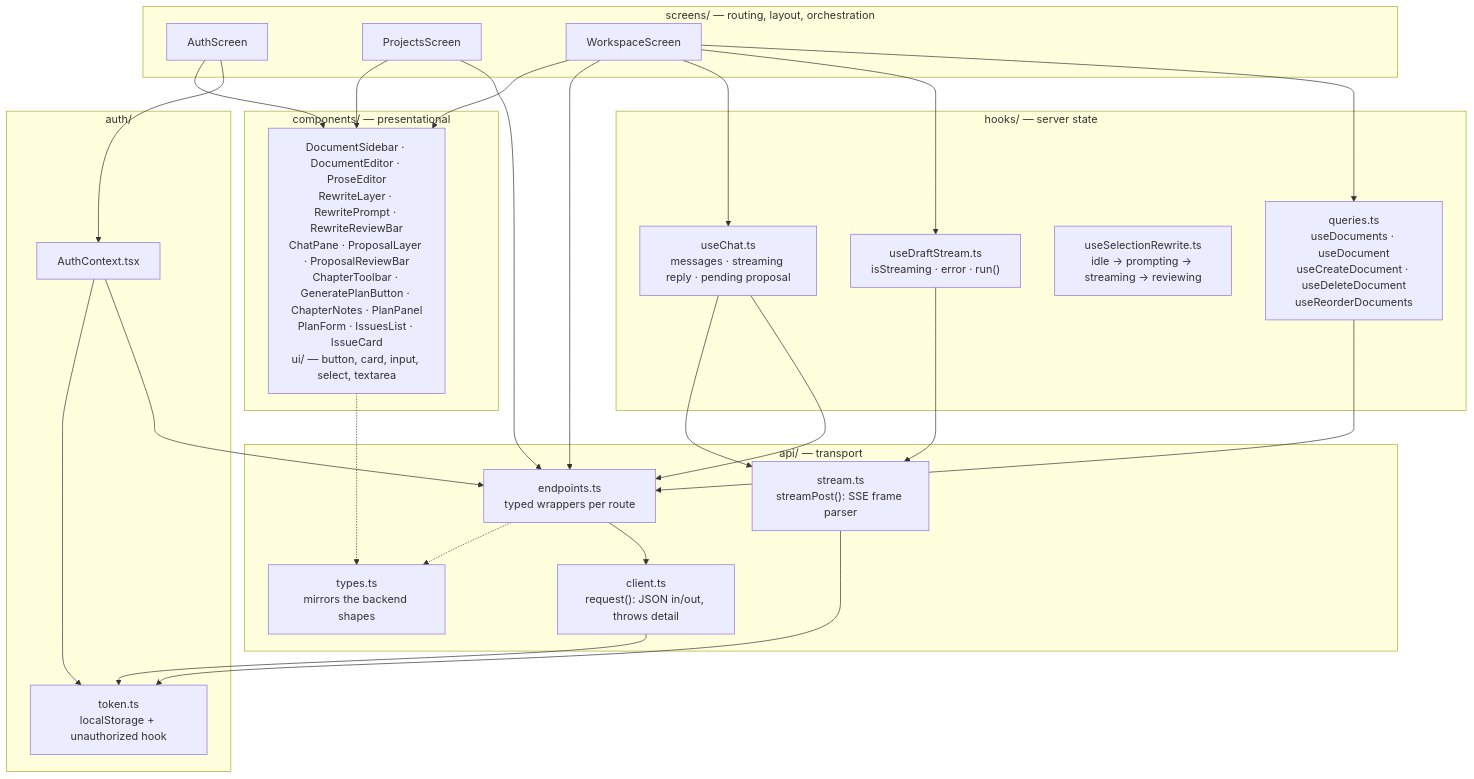
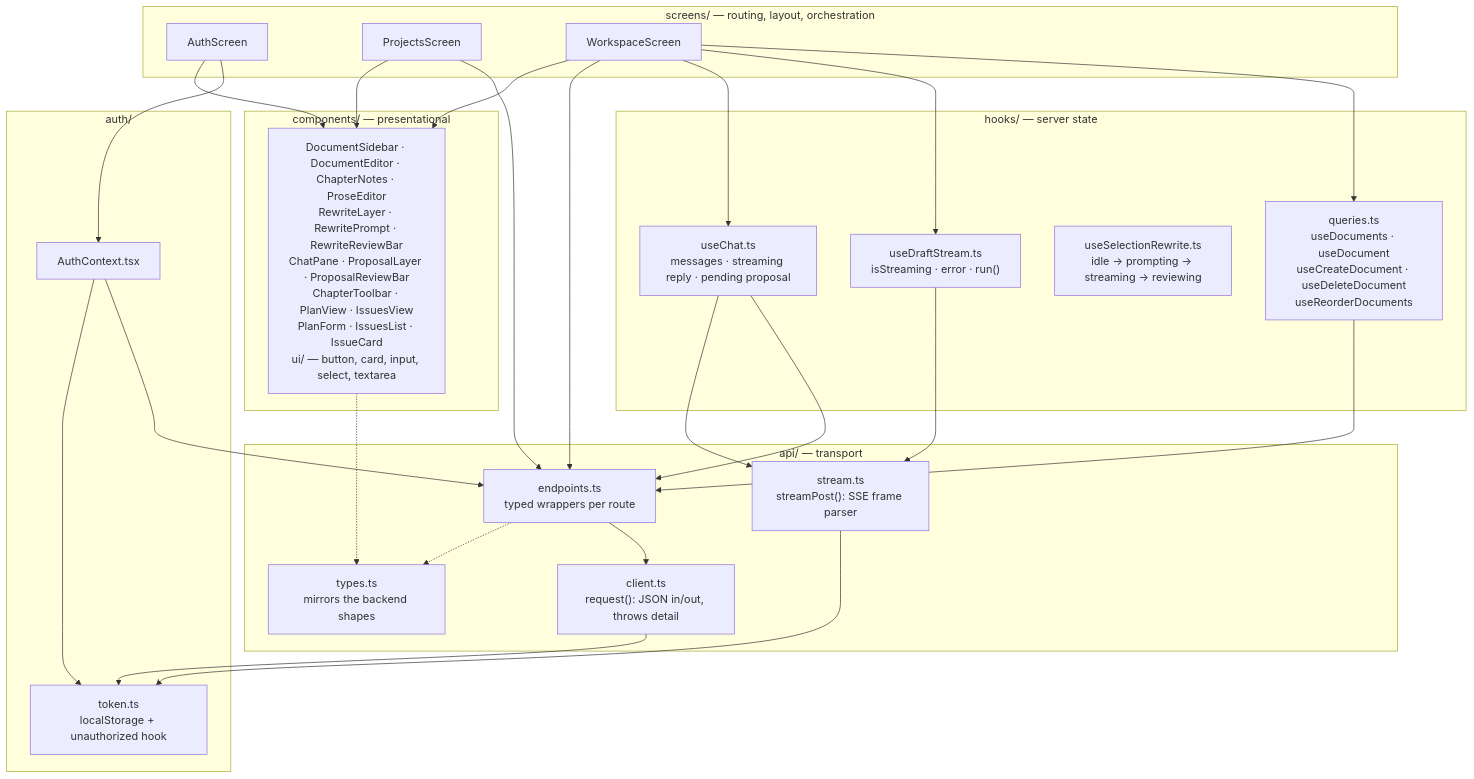
The second of 3 diagrams in docs/diagrams/04-frontend-architecture.md (Akazz-L/maya), drawn with Mermaid before and after one commit. The commit also changed other lines of this file and 15 other files, not shown here.

First line of the commit message:
feat: replace the plan panel with Write / Plan / Issues chapter views

````diff
--- a/docs/diagrams/04-frontend-architecture.md
+++ b/docs/diagrams/04-frontend-architecture.md
@@ -53,54 +54,54 @@
 ```mermaid
 graph TD
     subgraph screens["screens/ — routing, layout, orchestration"]
         AS["AuthScreen"]
         PS["ProjectsScreen"]
         WSS["WorkspaceScreen"]
     end
 
     subgraph components["components/ — presentational"]
-        CMP["DocumentSidebar · DocumentEditor · ProseEditor<br/>RewriteLayer · RewritePrompt · RewriteReviewBar<br/>ChatPane · ProposalLayer · ProposalReviewBar<br/>ChapterToolbar · GeneratePlanButton · ChapterNotes · PlanPanel<br/>PlanForm · IssuesList · IssueCard<br/>ui/ — button, card, input, select, textarea"]
+        CMP["DocumentSidebar · DocumentEditor · ChapterNotes · ProseEditor<br/>RewriteLayer · RewritePrompt · RewriteReviewBar<br/>ChatPane · ProposalLayer · ProposalReviewBar<br/>ChapterToolbar · PlanView · IssuesView<br/>PlanForm · IssuesList · IssueCard<br/>ui/ — button, card, input, select, textarea"]
     end
 
     subgraph hooks["hooks/ — server state"]
         Q["queries.ts<br/>useDocuments · useDocument<br/>useCreateDocument · useDeleteDocument<br/>useReorderDocuments"]
         DS["useDraftStream.ts<br/>isStreaming · error · run()"]
         SR["useSelectionRewrite.ts<br/>idle → prompting → streaming → reviewing"]
         CH["useChat.ts<br/>messages · streaming reply · pending proposal"]
     end
 
     subgraph api["api/ — transport"]
         EP["endpoints.ts<br/>typed wrappers per route"]
         CL["client.ts<br/>request(): JSON in/out, throws detail"]
         ST["stream.ts<br/>streamPost(): SSE frame parser"]
         TY["types.ts<br/>mirrors the backend shapes"]
     end
 
     subgraph auth["auth/"]
         AC["AuthContext.tsx"]
         TK["token.ts<br/>localStorage + unauthorized hook"]
     end
 
     AS --> AC
     PS --> EP
     WSS --> Q
     WSS --> DS
     WSS --> CH
     WSS --> EP
     WSS --> CMP
     PS --> CMP
     AS --> CMP
     Q --> EP
     DS --> ST
     CH --> EP
     CH --> ST
     EP --> CL
     CL --> TK
     ST --> TK
     AC --> EP
     AC --> TK
     EP -.-> TY
     CMP -.-> TY
 
     classDef layer fill:#f7f7f2,stroke:#999
 ```
````
